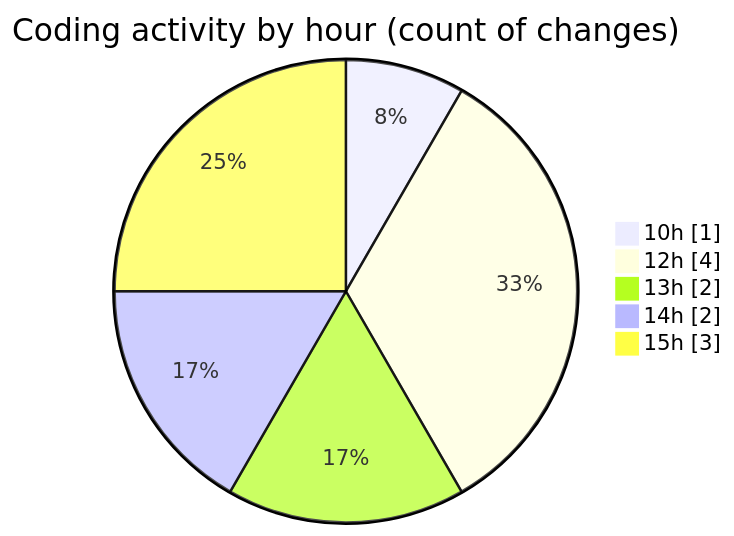
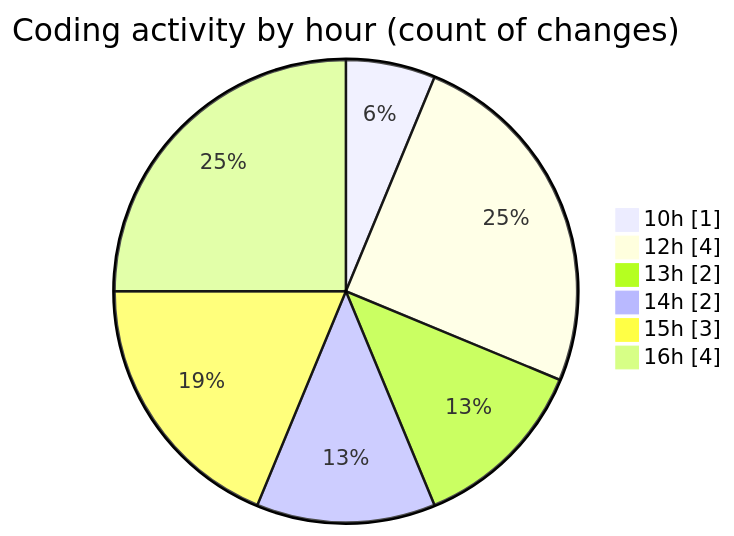
The second of 2 diagrams in 2025-07-09/urlwebwala_intership_work/README.md (Ritupan-Deka/code-tracking), drawn with Mermaid before and after one commit. The commit also changed other lines of this file and 1 other file, not shown here.

````diff
--- a/2025-07-09/urlwebwala_intership_work/README.md
+++ b/2025-07-09/urlwebwala_intership_work/README.md
@@ -28,9 +28,10 @@
 ```mermaid
 pie showData
 title Coding activity by hour (count of changes)
 "10h" : 1
 "12h" : 4
 "13h" : 2
 "14h" : 2
 "15h" : 3
+"16h" : 4
 ```
````
